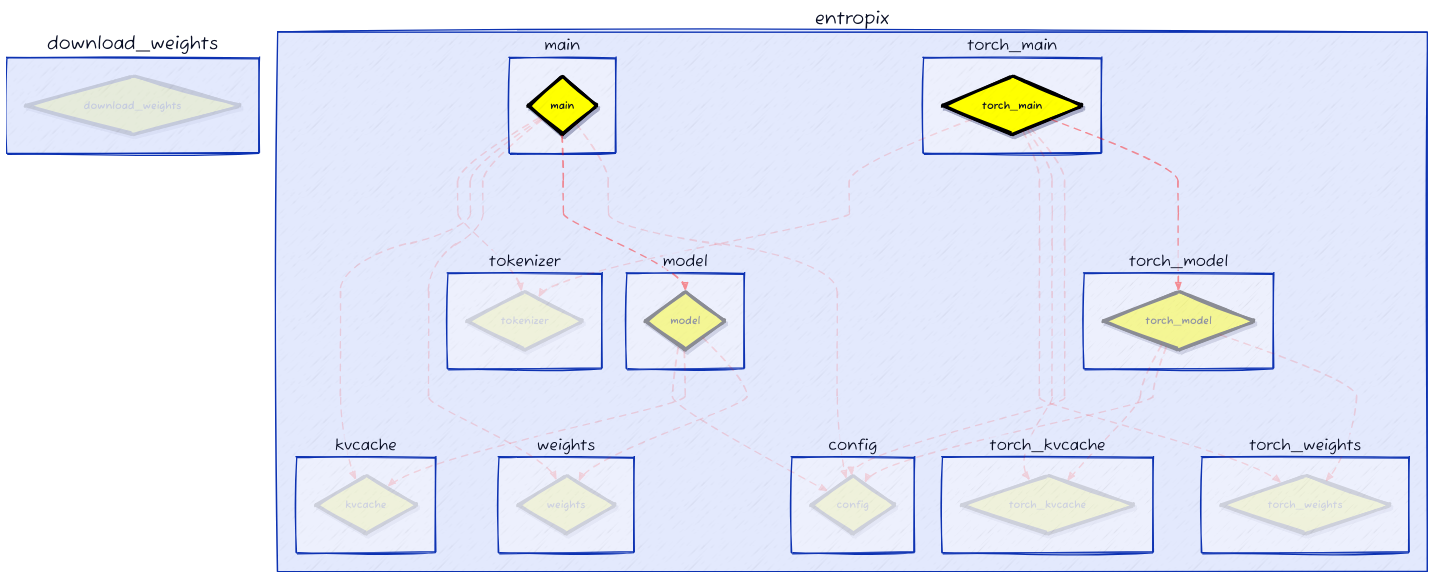
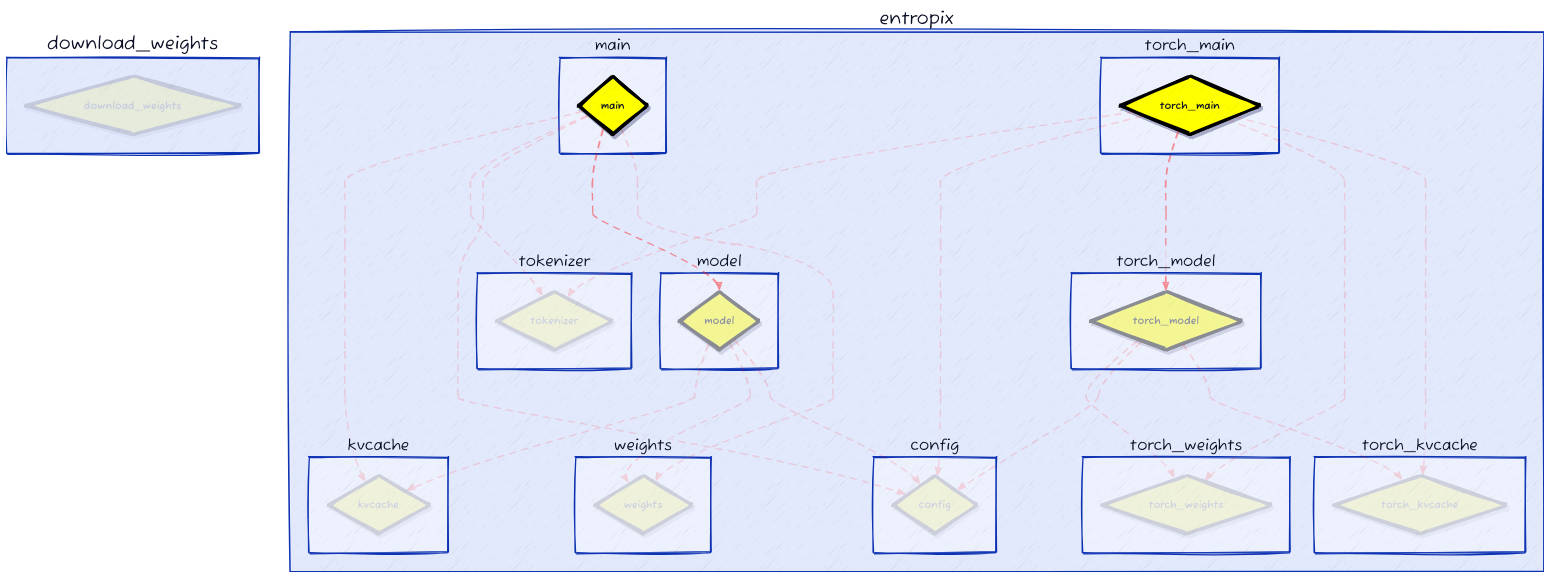
One commit to fangyuan-ksgk/heuristic-search changed the diagram in eoh/d2_output/commit_2_progress_0.11.d2. Above: the diagram before and after it, drawn with D2. The commit also changed other lines of this file and 204 other files, not shown here.

```diff
--- a/eoh/d2_output/commit_2_progress_0.11.d2
+++ b/eoh/d2_output/commit_2_progress_0.11.d2
@@ -145,20 +145,6 @@
     shadow: true
   }
 }
-entropix.main.main -> entropix.tokenizer.tokenizer: {
-  style.stroke: red
-  style.opacity: 0.13
-  style.stroke-width: 2
-  style.stroke-dash: 5
-  style.animated: true
-}
-entropix.main.main -> entropix.kvcache.kvcache: {
-  style.stroke: red
-  style.opacity: 0.13
-  style.stroke-width: 2
-  style.stroke-dash: 5
-  style.animated: true
-}
 entropix.main.main -> entropix.weights.weights: {
   style.stroke: red
   style.opacity: 0.13
@@ -180,7 +166,28 @@
   style.stroke-dash: 5
   style.animated: true
 }
+entropix.main.main -> entropix.tokenizer.tokenizer: {
+  style.stroke: red
+  style.opacity: 0.13
+  style.stroke-width: 2
+  style.stroke-dash: 5
+  style.animated: true
+}
+entropix.main.main -> entropix.kvcache.kvcache: {
+  style.stroke: red
+  style.opacity: 0.13
+  style.stroke-width: 2
+  style.stroke-dash: 5
+  style.animated: true
+}
 entropix.model.model -> entropix.config.config: {
+  style.stroke: red
+  style.opacity: 0.13
+  style.stroke-width: 2
+  style.stroke-dash: 5
+  style.animated: true
+}
+entropix.model.model -> entropix.weights.weights: {
   style.stroke: red
   style.opacity: 0.13
   style.stroke-width: 2
@@ -194,14 +201,7 @@
   style.stroke-dash: 5
   style.animated: true
 }
-entropix.model.model -> entropix.weights.weights: {
-  style.stroke: red
-  style.opacity: 0.13
-  style.stroke-width: 2
-  style.stroke-dash: 5
-  style.animated: true
-}
-entropix.torch_main.torch_main -> entropix.tokenizer.tokenizer: {
+entropix.torch_main.torch_main -> entropix.torch_kvcache.torch_kvcache: {
   style.stroke: red
   style.opacity: 0.13
   style.stroke-width: 2
@@ -215,9 +215,9 @@
   style.stroke-dash: 5
   style.animated: true
 }
-entropix.torch_main.torch_main -> entropix.torch_kvcache.torch_kvcache: {
+entropix.torch_main.torch_main -> entropix.torch_model.torch_model: {
   style.stroke: red
-  style.opacity: 0.13
+  style.opacity: 0.41
   style.stroke-width: 2
   style.stroke-dash: 5
   style.animated: true
@@ -229,9 +229,9 @@
   style.stroke-dash: 5
   style.animated: true
 }
-entropix.torch_main.torch_main -> entropix.torch_model.torch_model: {
+entropix.torch_main.torch_main -> entropix.tokenizer.tokenizer: {
   style.stroke: red
-  style.opacity: 0.41
+  style.opacity: 0.13
   style.stroke-width: 2
   style.stroke-dash: 5
   style.animated: true
```
